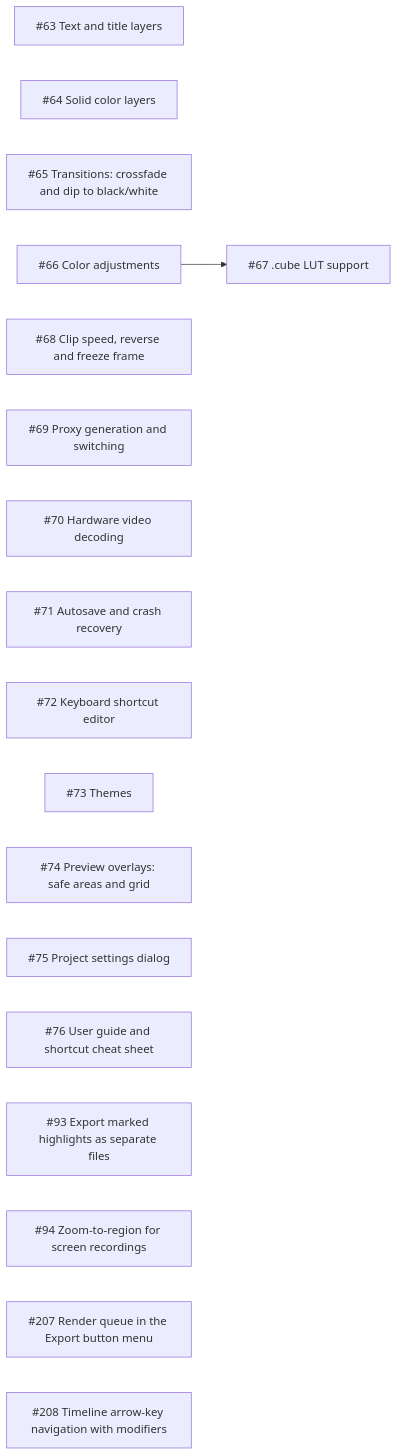
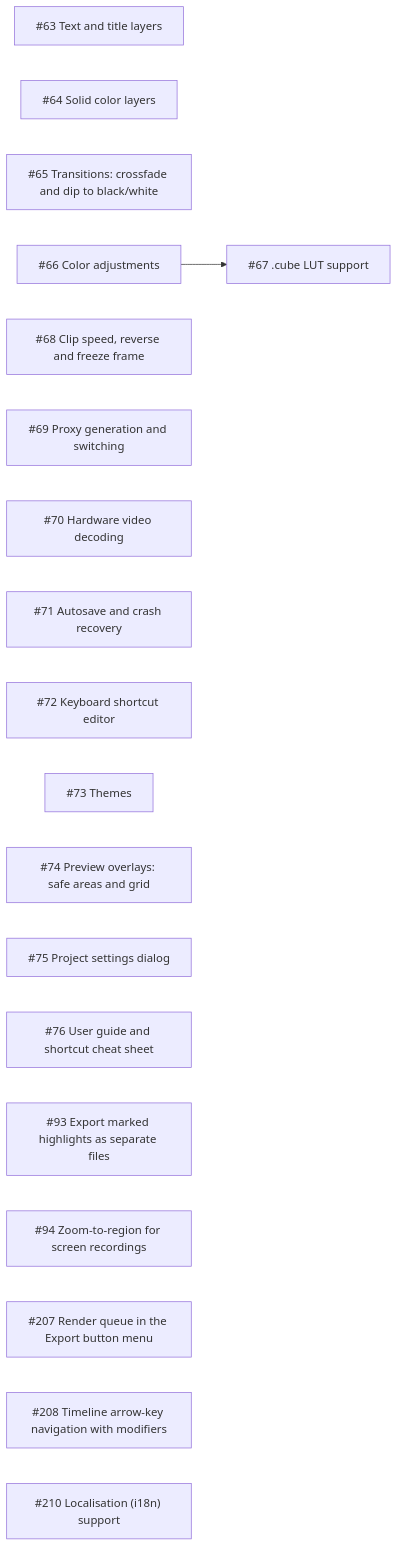
Before and after one commit to jarradbanks/jvid: the sixth of 7 diagrams in docs/ROADMAP.md, drawn with Mermaid. The commit also changed other lines of this file and 2 other files, not shown here.

Commit message:
Roadmap: i18n

````diff
--- a/docs/ROADMAP.md
+++ b/docs/ROADMAP.md
@@ -355,22 +355,23 @@
 ```mermaid
 flowchart LR
   text["#35;63 Text and title layers"]
   solids["#35;64 Solid color layers"]
   transitions["#35;65 Transitions: crossfade and dip to black/white"]
   color["#35;66 Color adjustments"]
   lut["#35;67 .cube LUT support"]
   speed["#35;68 Clip speed, reverse and freeze frame"]
   proxies["#35;69 Proxy generation and switching"]
   hw_decode["#35;70 Hardware video decoding"]
   autosave["#35;71 Autosave and crash recovery"]
   keymap_editor["#35;72 Keyboard shortcut editor"]
   themes["#35;73 Themes"]
   overlays["#35;74 Preview overlays: safe areas and grid"]
   project_settings["#35;75 Project settings dialog"]
   user_docs["#35;76 User guide and shortcut cheat sheet"]
   batch_highlights["#35;93 Export marked highlights as separate files"]
   zoom_region["#35;94 Zoom-to-region for screen recordings"]
   render_queue_menu["#35;207 Render queue in the Export button menu"]
   timeline_arrow_nav["#35;208 Timeline arrow-key navigation with modifiers"]
+  i18n["#35;210 Localisation (i18n) support"]
   color --> lut
 ```
````
